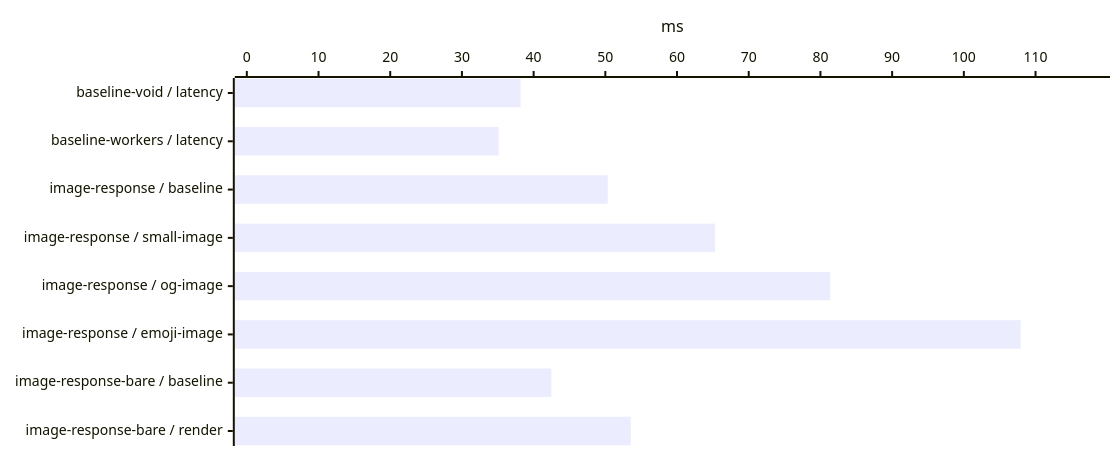
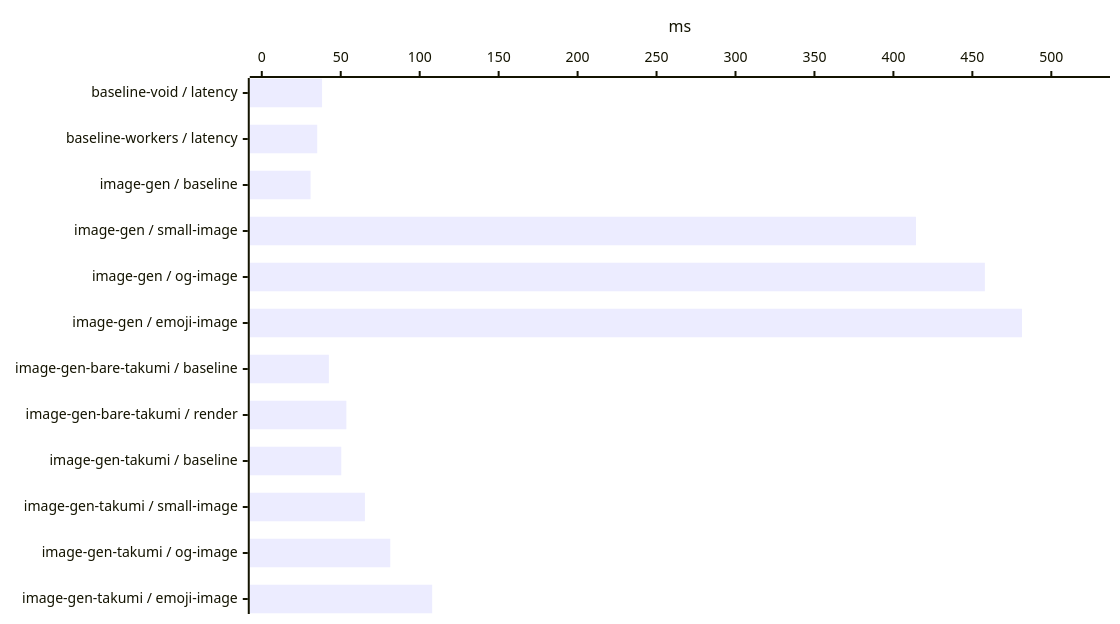
One commit to voidzero-dev/void changed the seventh of 25 diagrams in benchmark/report.md. Above: the diagram before and after it, drawn with Mermaid. The commit also changed other lines of this file and 41 other files, not shown here.

````diff
--- a/benchmark/report.md
+++ b/benchmark/report.md
@@ -152,12 +155,12 @@
 ```mermaid
 ---
 config:
   xyChart:
     width: 1100
-    height: 436
+    height: 604
 ---
 xychart-beta horizontal
-    x-axis ["baseline-void / latency", "baseline-workers / latency", "image-response / baseline", "image-response / small-image", "image-response / og-image", "image-response / emoji-image", "image-response-bare / baseline", "image-response-bare / render"]
-    y-axis "ms" 0 --> 118.71042
-    bar [38.18344, 35.121264, 50.327996, 65.315251, 81.366649, 107.91856, 42.476913, 53.556033]
+    x-axis ["baseline-void / latency", "baseline-workers / latency", "image-gen / baseline", "image-gen / small-image", "image-gen / og-image", "image-gen / emoji-image", "image-gen-bare-takumi / baseline", "image-gen-bare-takumi / render", "image-gen-takumi / baseline", "image-gen-takumi / small-image", "image-gen-takumi / og-image", "image-gen-takumi / emoji-image"]
+    y-axis "ms" 0 --> 529.56049
+    bar [38.18344, 35.121264, 30.897439, 414.29261, 457.92326, 481.41863, 42.476913, 53.556033, 50.327996, 65.315251, 81.366649, 107.91856]
 ```
````
